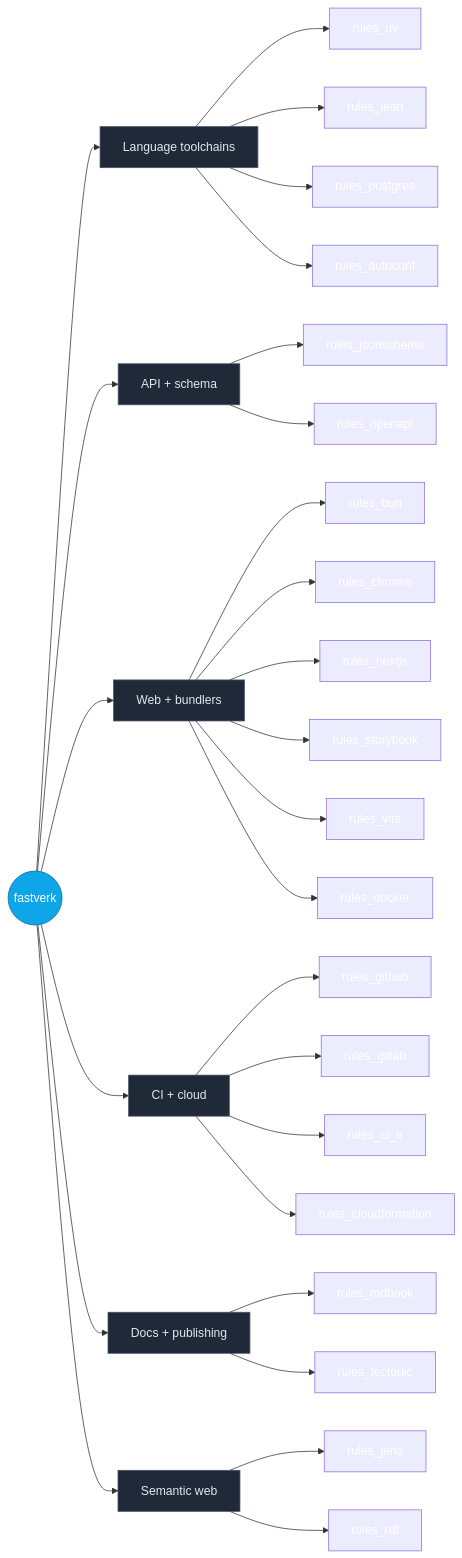
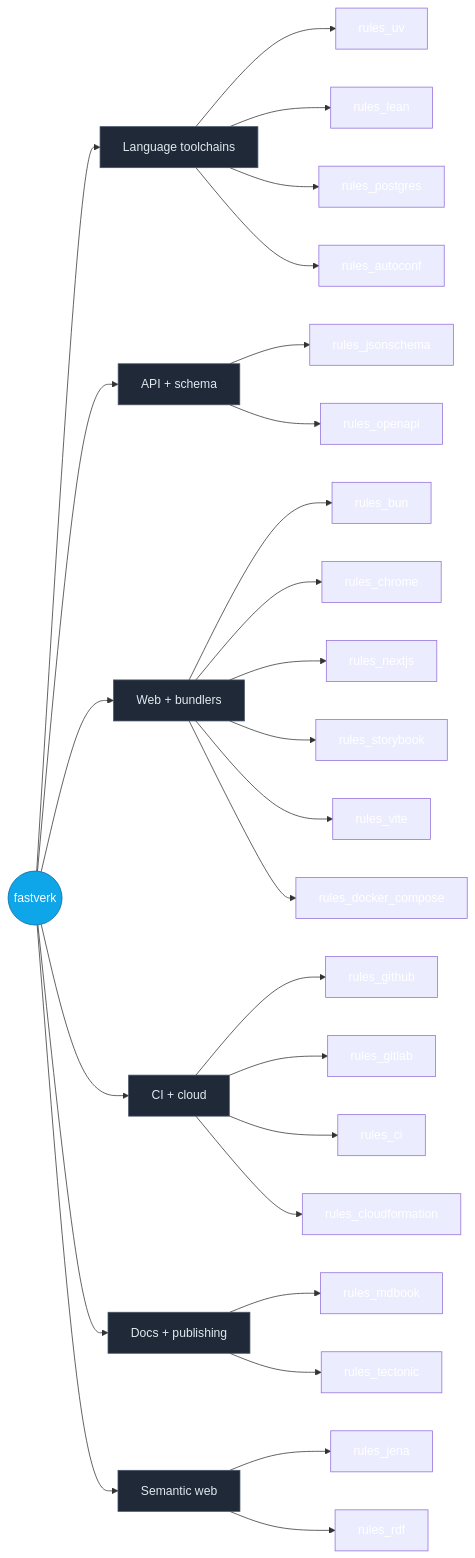
One commit to fastverk/.github changed the diagram in profile/README.md. Above: the diagram before and after it, drawn with Mermaid. The commit also changed other lines of this file, not shown here.

First line of the commit message:
docs: harden org profile mermaid against stale module names

````diff
--- a/profile/README.md
+++ b/profile/README.md
@@ -51,42 +51,42 @@
 ```mermaid
 flowchart LR
     fastverk((fastverk))
 
     fastverk --> Lang[Language toolchains]
     fastverk --> API[API + schema]
     fastverk --> Web[Web + bundlers]
     fastverk --> Devops[CI + cloud]
     fastverk --> Docs[Docs + publishing]
     fastverk --> Semantic[Semantic web]
 
     Lang --> rules_uv[rules_uv]
     Lang --> rules_lean[rules_lean]
     Lang --> rules_postgres[rules_postgres]
     Lang --> rules_autoconf[rules_autoconf]
 
     API --> rules_jsonschema[rules_jsonschema]
     API --> rules_openapi[rules_openapi]
 
     Web --> rules_bun[rules_bun]
     Web --> rules_chrome[rules_chrome]
     Web --> rules_nextjs[rules_nextjs]
     Web --> rules_storybook[rules_storybook]
     Web --> rules_vite[rules_vite]
-    Web --> rules_docker[rules_docker]
+    Web --> rules_docker_compose[rules_docker_compose]
 
     Devops --> rules_github[rules_github]
     Devops --> rules_gitlab[rules_gitlab]
-    Devops --> rules_ci_ir[rules_ci_ir]
+    Devops --> rules_ci[rules_ci]
     Devops --> rules_cloudformation[rules_cloudformation]
 
     Docs --> rules_mdbook[rules_mdbook]
     Docs --> rules_tectonic[rules_tectonic]
 
     Semantic --> rules_jena[rules_jena]
     Semantic --> rules_rdf[rules_rdf]
 
     classDef cat fill:#1f2937,stroke:#475569,color:#e2e8f0
     classDef root fill:#0ea5e9,stroke:#0369a1,color:#fff
     class fastverk root
     class Lang,API,Web,Devops,Docs,Semantic cat
 ```
````
